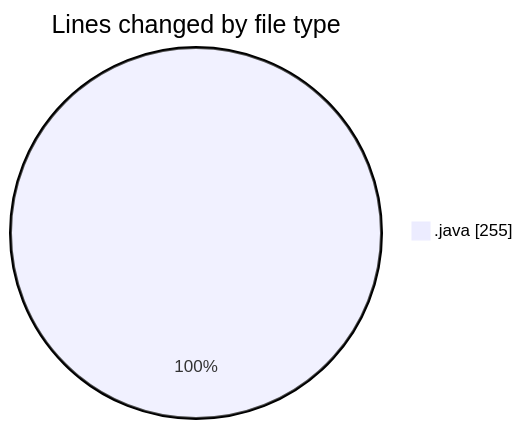
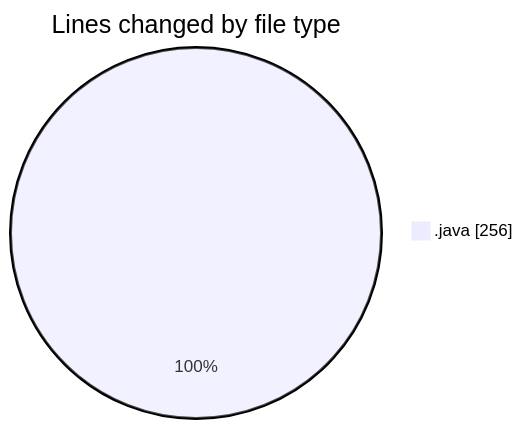
The first of 2 diagrams in 2026-10-20/cilwebcustomercomunication/README.md (ricardozamudiocil/code-tracking), drawn with Mermaid before and after one commit. The commit also changed other lines of this file and 1 other file, not shown here.

````diff
--- a/2026-10-20/cilwebcustomercomunication/README.md
+++ b/2026-10-20/cilwebcustomercomunication/README.md
@@ -22,5 +22,5 @@
 ```mermaid
 pie showData
 title Lines changed by file type
-".java" : 255
+".java" : 256
 ```
````
